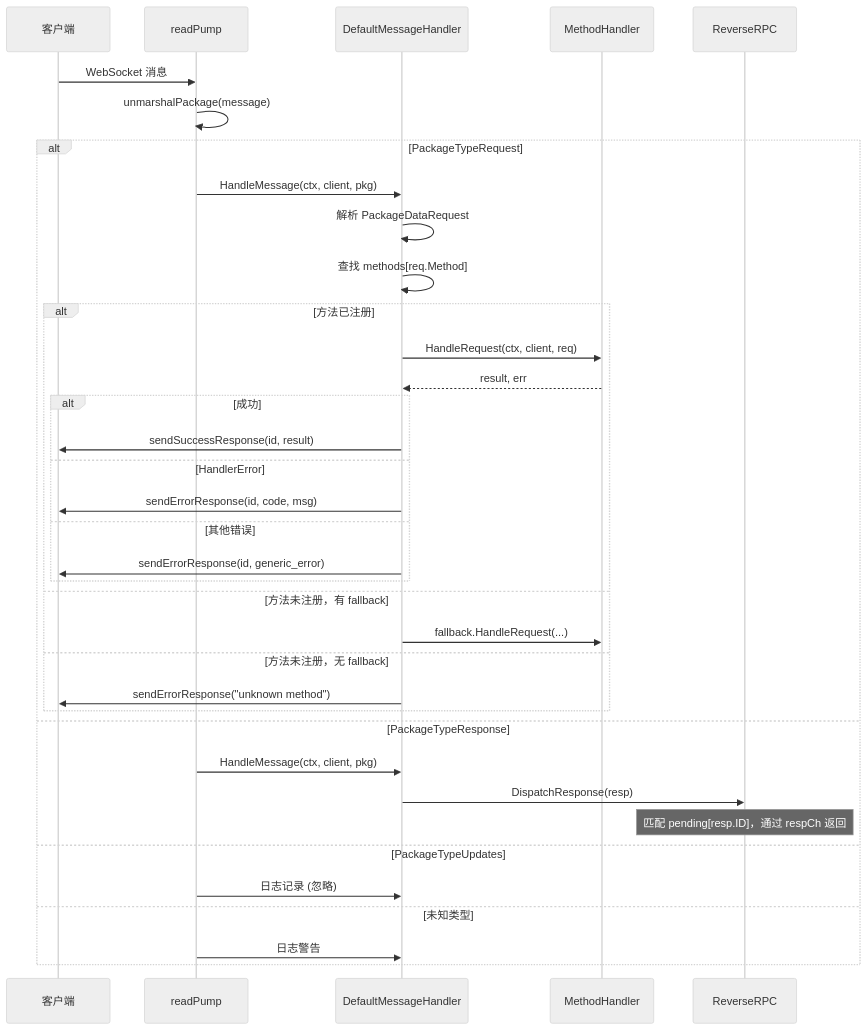
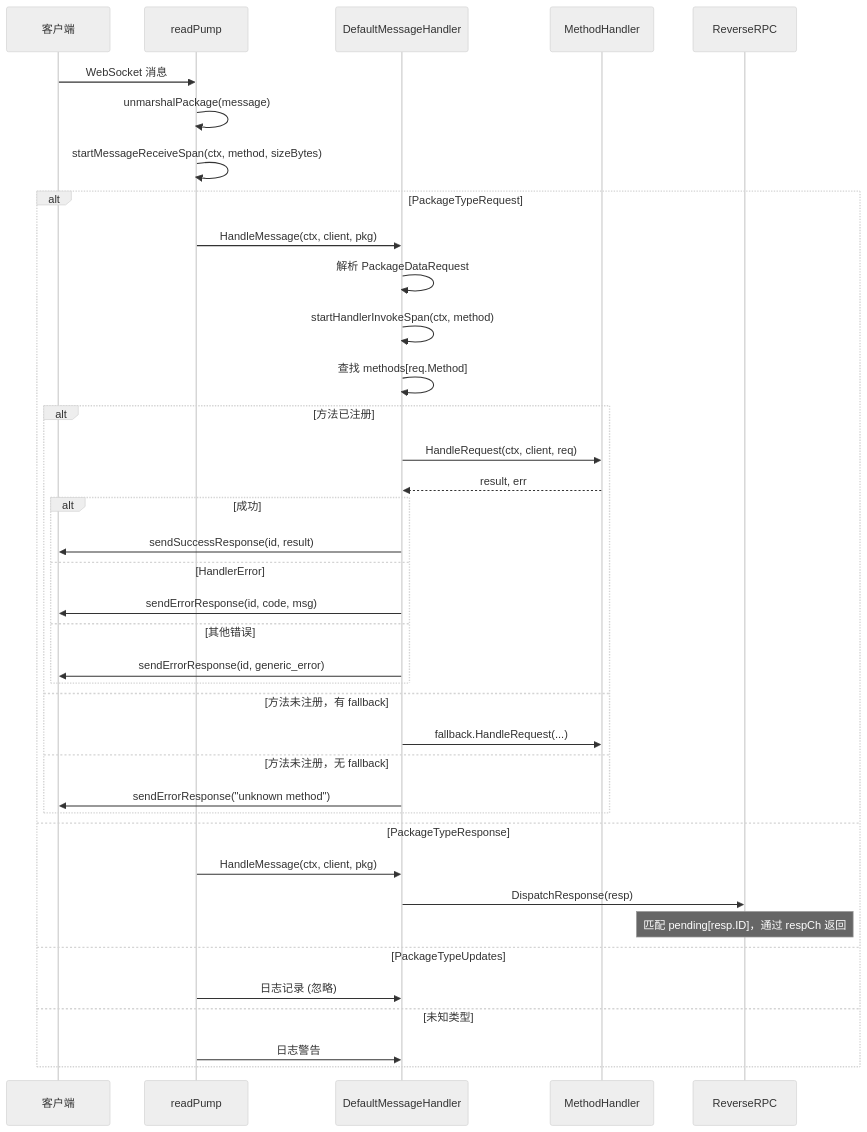
The fifth of 14 diagrams in wiki/flows/websocket-connection.md (PineappleBond/xyncra-server), drawn with Mermaid (neutral theme) before and after one commit. The commit also changed other lines of this file and 16 other files, not shown here.

First line of the commit message:
docs(wiki): comprehensive review and fix of all flow documents

````diff
--- a/wiki/flows/websocket-connection.md
+++ b/wiki/flows/websocket-connection.md
@@ -235,43 +263,45 @@
 ```mermaid
 sequenceDiagram
     participant Client as 客户端
     participant RP as readPump
     participant DMH as DefaultMessageHandler
     participant MH as MethodHandler
     participant RR as ReverseRPC
 
     Client->>RP: WebSocket 消息
     RP->>RP: unmarshalPackage(message)
+    RP->>RP: startMessageReceiveSpan(ctx, method, sizeBytes)
 
     alt PackageTypeRequest
         RP->>DMH: HandleMessage(ctx, client, pkg)
         DMH->>DMH: 解析 PackageDataRequest
+        DMH->>DMH: startHandlerInvokeSpan(ctx, method)
         DMH->>DMH: 查找 methods[req.Method]
         alt 方法已注册
             DMH->>MH: HandleRequest(ctx, client, req)
             MH-->>DMH: result, err
             alt 成功
                 DMH->>Client: sendSuccessResponse(id, result)
             else HandlerError
                 DMH->>Client: sendErrorResponse(id, code, msg)
             else 其他错误
                 DMH->>Client: sendErrorResponse(id, generic_error)
             end
         else 方法未注册，有 fallback
             DMH->>MH: fallback.HandleRequest(...)
         else 方法未注册，无 fallback
             DMH->>Client: sendErrorResponse("unknown method")
         end
 
     else PackageTypeResponse
         RP->>DMH: HandleMessage(ctx, client, pkg)
         DMH->>RR: DispatchResponse(resp)
         Note over RR: 匹配 pending[resp.ID]，通过 respCh 返回
 
     else PackageTypeUpdates
         RP->>DMH: 日志记录 (忽略)
 
     else 未知类型
         RP->>DMH: 日志警告
     end
 ```
````
